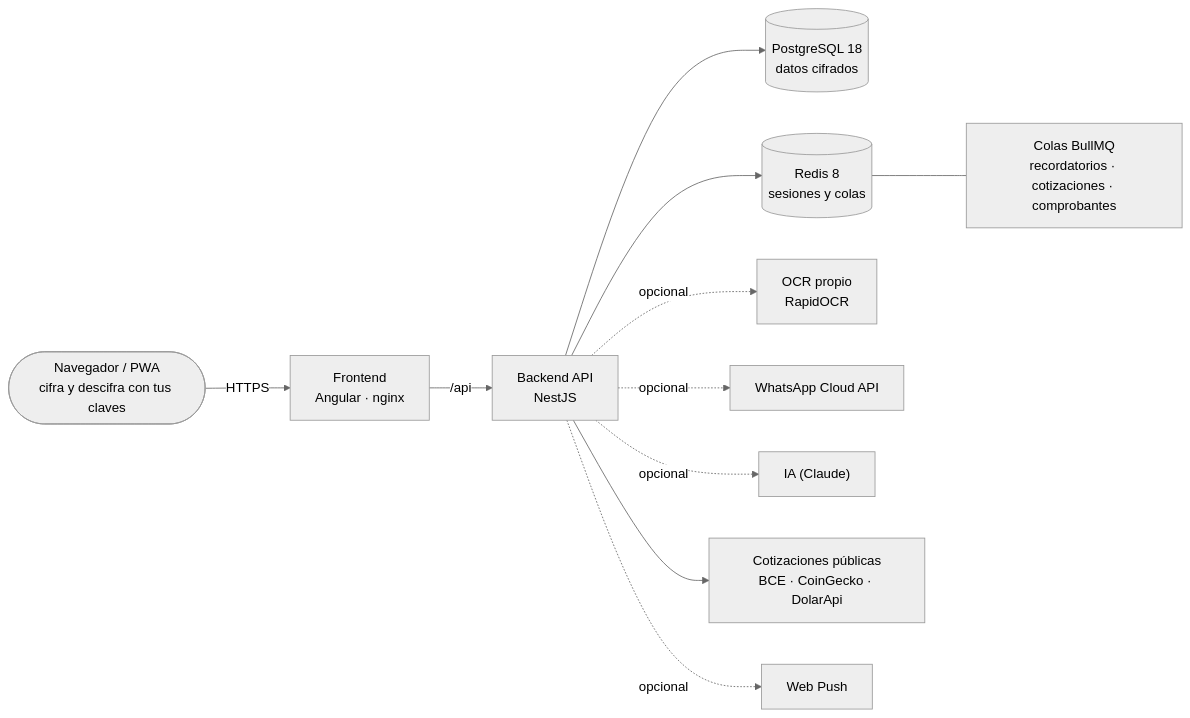
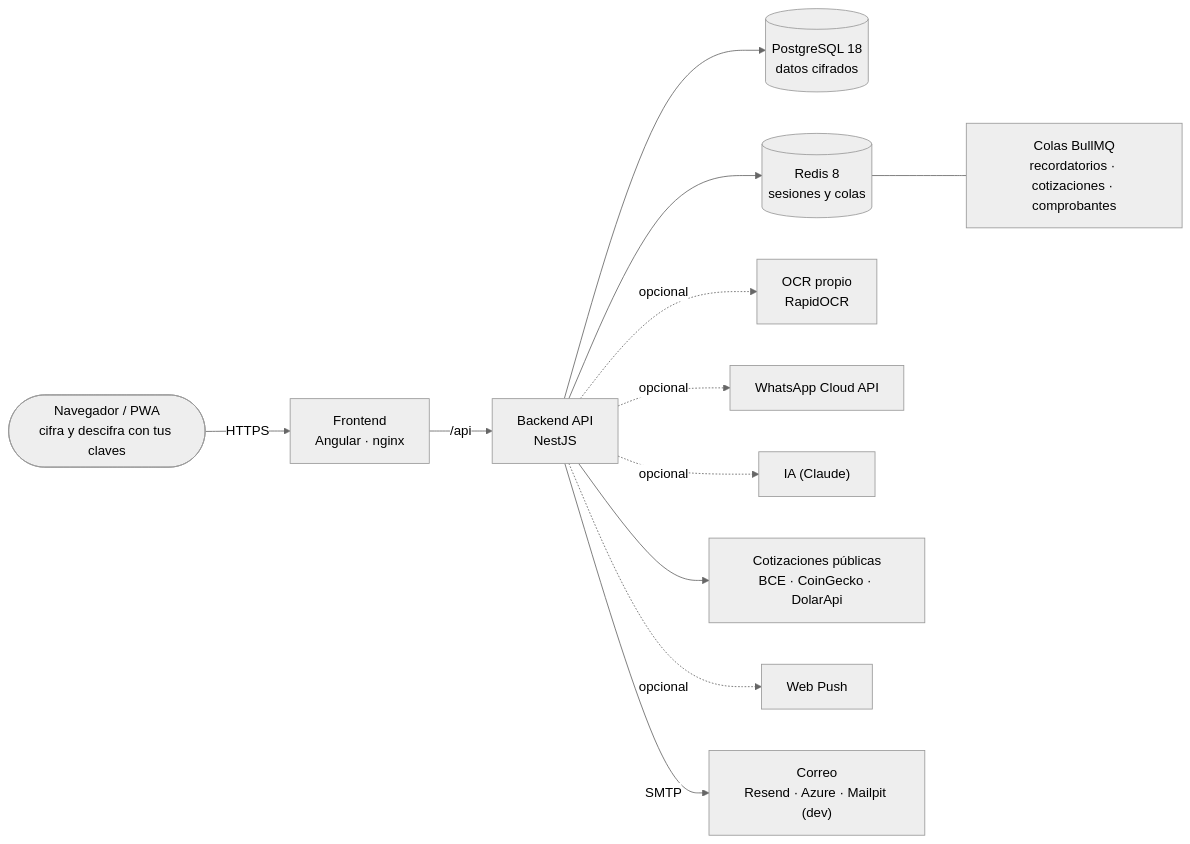
The diagram in README.md (dotforeach/commit), drawn with Mermaid (neutral theme) before and after one commit. The commit also changed 7 other files, not shown here.

First line of the commit message:
Documentación: correo y ciclo de la cuenta en diagramas

````diff
--- a/README.md
+++ b/README.md
@@ -26,13 +26,14 @@
 ```mermaid
 flowchart LR
     U(["Navegador / PWA<br/>cifra y descifra con tus claves"]) -->|HTTPS| N["Frontend<br/>Angular · nginx"]
     N -->|/api| B["Backend API<br/>NestJS"]
     B --> P[("PostgreSQL 18<br/>datos cifrados")]
     B --> R[("Redis 8<br/>sesiones y colas")]
     R --- Q["Colas BullMQ<br/>recordatorios · cotizaciones · comprobantes"]
     B -.->|opcional| O["OCR propio<br/>RapidOCR"]
     B -.->|opcional| W["WhatsApp Cloud API"]
     B -.->|opcional| A["IA (Claude)"]
     B --> X["Cotizaciones públicas<br/>BCE · CoinGecko · DolarApi"]
     B -.->|opcional| WP["Web Push"]
+    B -->|SMTP| M["Correo<br/>Resend · Azure · Mailpit (dev)"]
 ```
````
